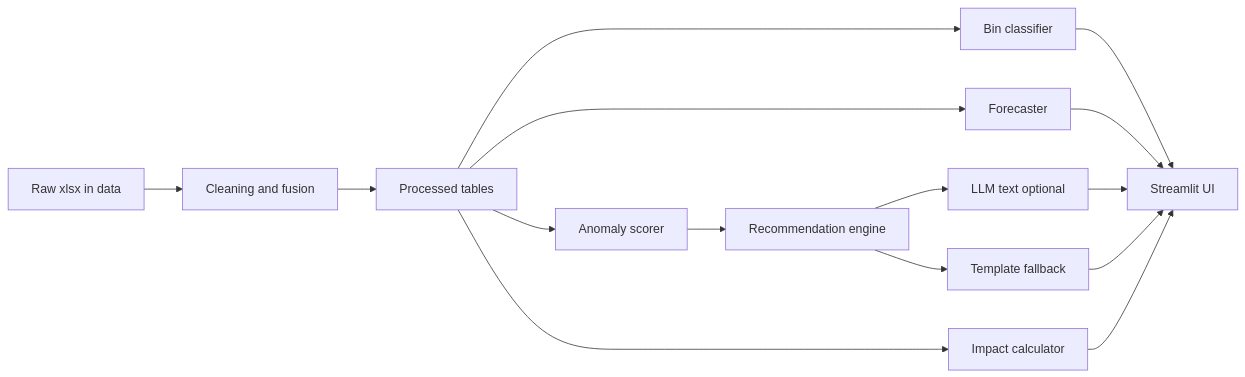
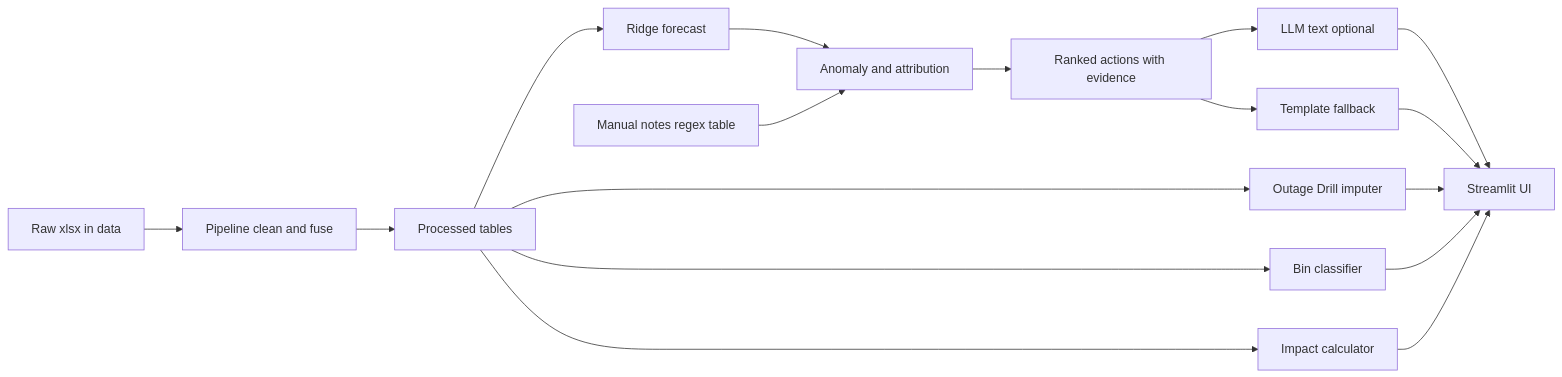
The first of 2 diagrams in docs/ARCHITECTURE_AND_DATAFLOW.md (HARDIKSINGH150206/p2p), drawn with Mermaid before and after one commit. The commit also changed other lines of this file and 8 other files, not shown here.

````diff
--- a/docs/ARCHITECTURE_AND_DATAFLOW.md
+++ b/docs/ARCHITECTURE_AND_DATAFLOW.md
@@ -12,17 +12,19 @@
 ```mermaid
 flowchart LR
-  A["Raw xlsx in data"] --> B["Cleaning and fusion"]
+  A["Raw xlsx in data"] --> B["Pipeline clean and fuse"]
   B --> C["Processed tables"]
-  C --> D["Bin classifier"]
-  C --> E["Forecaster"]
-  C --> F["Anomaly scorer"]
-  D --> G["Streamlit UI"]
-  E --> G
-  F --> H["Recommendation engine"]
+  C --> D["Ridge forecast"]
+  C --> E["Outage Drill imputer"]
+  C --> F["Bin classifier"]
+  D --> G["Anomaly and attribution"]
+  M["Manual notes regex table"] --> G
+  G --> H["Ranked actions with evidence"]
   H --> I["LLM text optional"]
   H --> J["Template fallback"]
-  I --> G
-  J --> G
-  C --> K["Impact calculator"]
-  K --> G
+  I --> K["Streamlit UI"]
+  J --> K
+  E --> K
+  F --> K
+  C --> L["Impact calculator"]
+  L --> K
 ```
````
